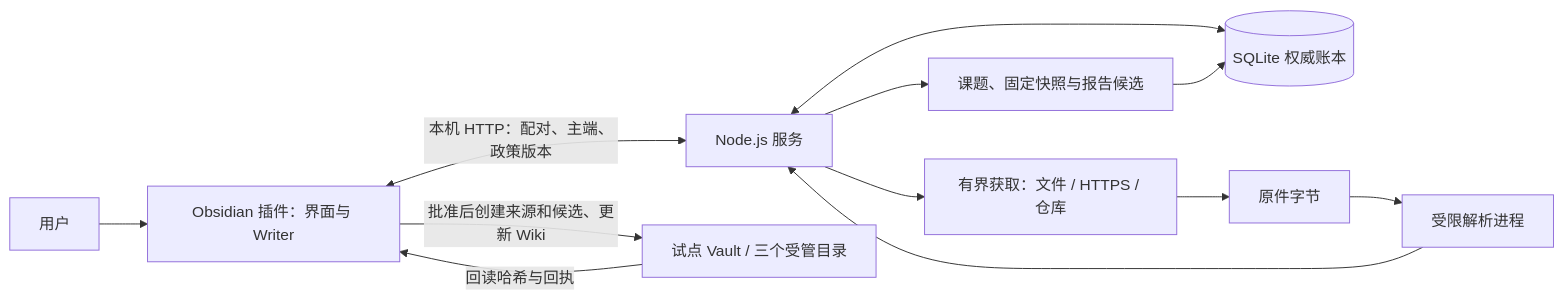
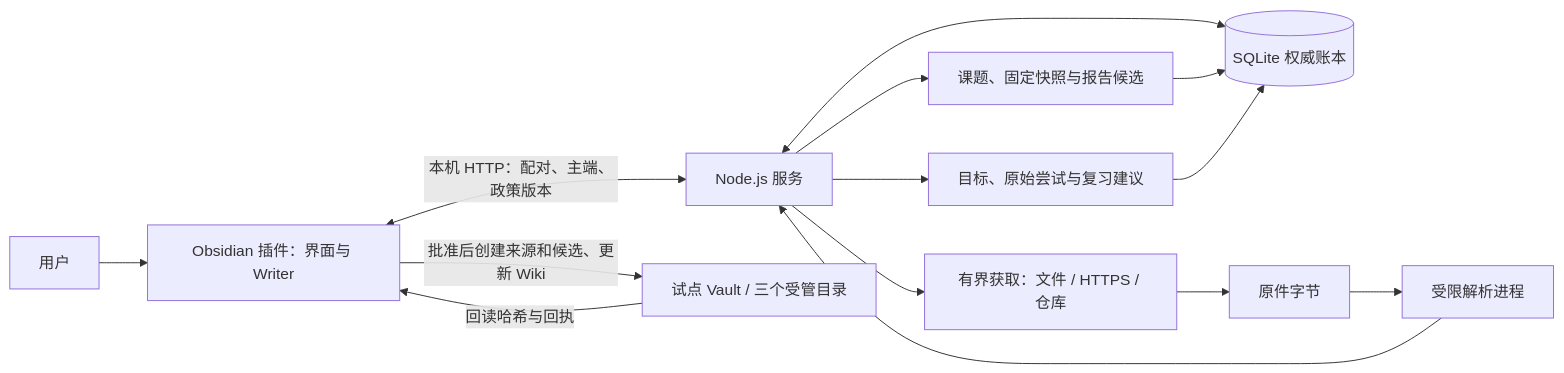
The first of 2 diagrams in docs/development/onboarding.md (liuxing95/repository), drawn with Mermaid before and after one commit. The commit also changed other lines of this file and 37 other files, not shown here.

````diff
--- a/docs/development/onboarding.md
+++ b/docs/development/onboarding.md
@@ -130,14 +131,16 @@
 ```mermaid
 flowchart LR
   User[用户] --> Plugin[Obsidian 插件：界面与 Writer]
   Plugin <-->|本机 HTTP：配对、主端、政策版本| Service[Node.js 服务]
   Service <--> DB[(SQLite 权威账本)]
   Service --> Fetch[有界获取：文件 / HTTPS / 仓库]
   Fetch --> Raw[原件字节]
   Raw --> Parser[受限解析进程]
   Parser --> Service
   Service --> Research[课题、固定快照与报告候选]
   Research --> DB
+  Service --> Learning[目标、原始尝试与复习建议]
+  Learning --> DB
   Plugin -->|批准后创建来源和候选、更新 Wiki| Vault[试点 Vault / 三个受管目录]
   Vault -->|回读哈希与回执| Plugin
 ```
````
